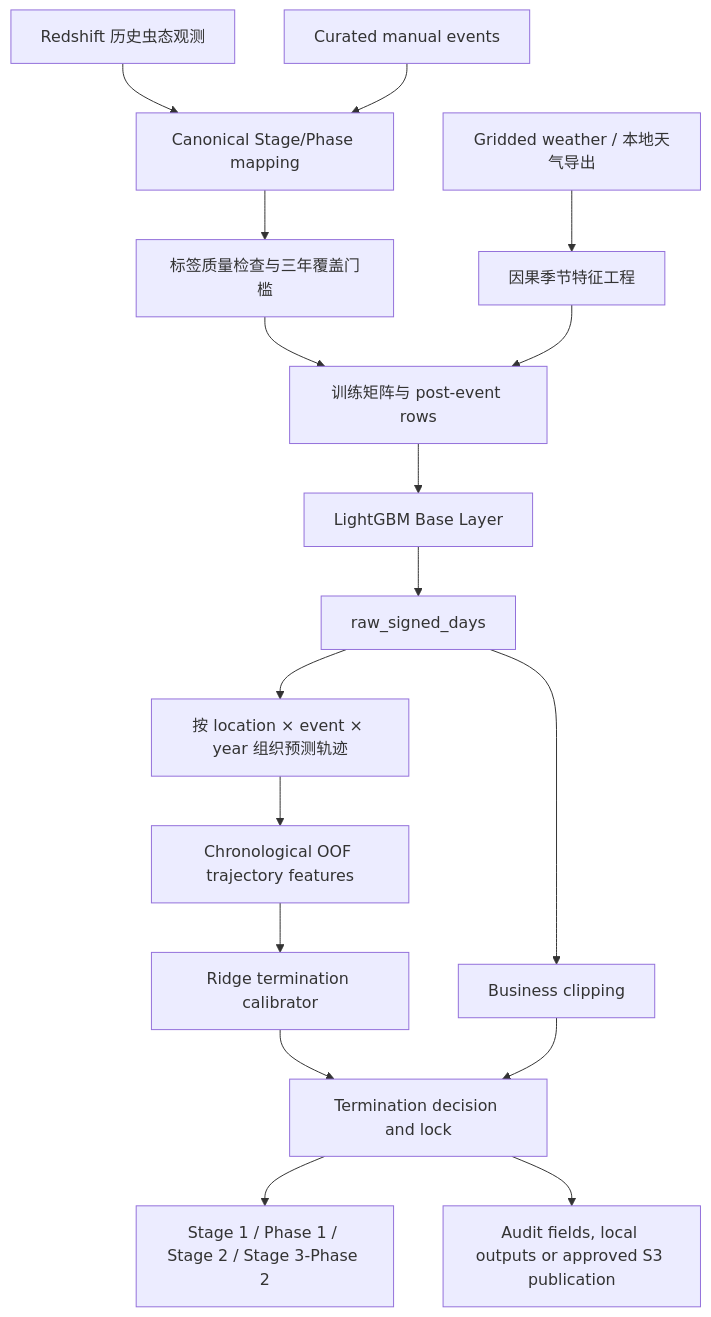
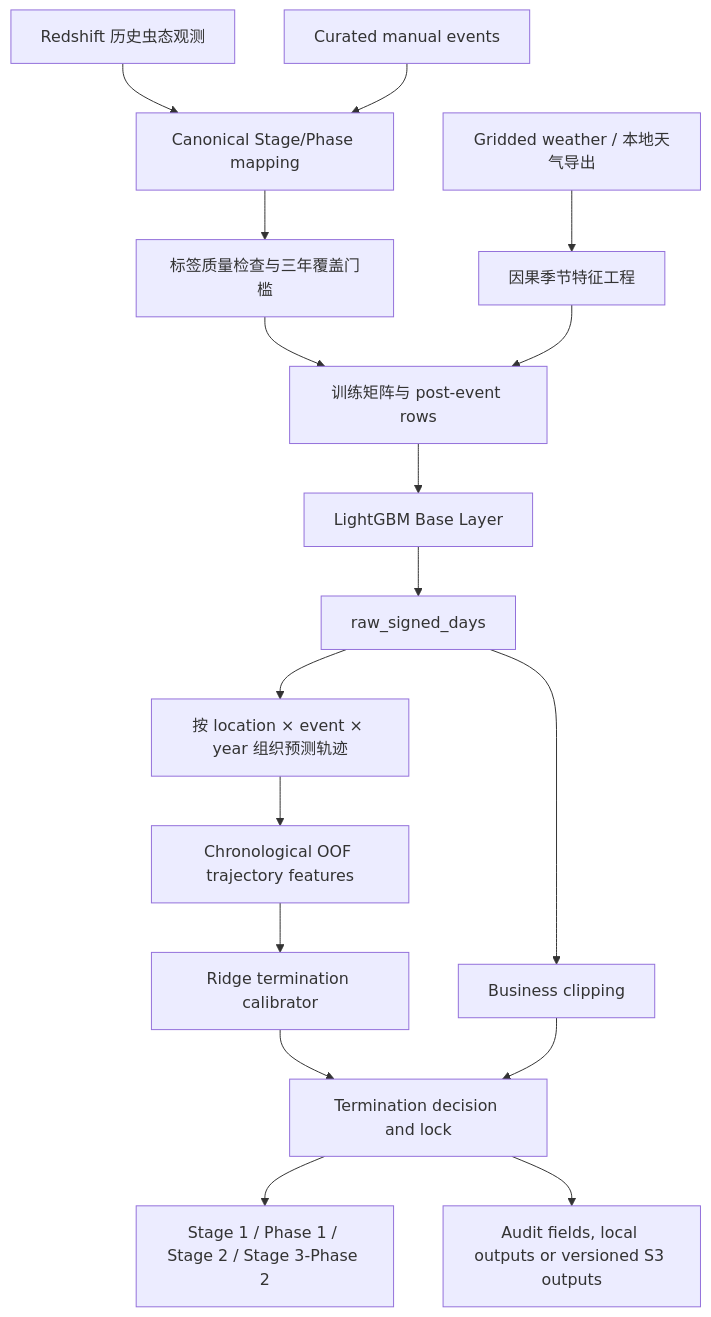
One commit to sh0redry/weeviltrak-forecasting-research changed the diagram in README.md. Above: the diagram before and after it, drawn with Mermaid. The commit also changed other lines of this file, not shown here.

````diff
--- a/README.md
+++ b/README.md
@@ -51,19 +51,19 @@
 ```mermaid
 flowchart TD
     A[Redshift 历史虫态观测] --> B[Canonical Stage/Phase mapping]
     M[Curated manual events] --> B
     B --> C[标签质量检查与三年覆盖门槛]
     W[Gridded weather / 本地天气导出] --> D[因果季节特征工程]
     C --> E[训练矩阵与 post-event rows]
     D --> E
     E --> F[LightGBM Base Layer]
     F --> G[raw_signed_days]
     G --> H[按 location × event × year 组织预测轨迹]
     H --> I[Chronological OOF trajectory features]
     I --> J[Ridge termination calibrator]
     G --> K[Business clipping]
     J --> L[Termination decision and lock]
     K --> L
     L --> N[Stage 1 / Phase 1 / Stage 2 / Stage 3-Phase 2]
-    L --> O[Audit fields, local outputs or approved S3 publication]
+    L --> O[Audit fields, local outputs or versioned S3 outputs]
 ```
````
